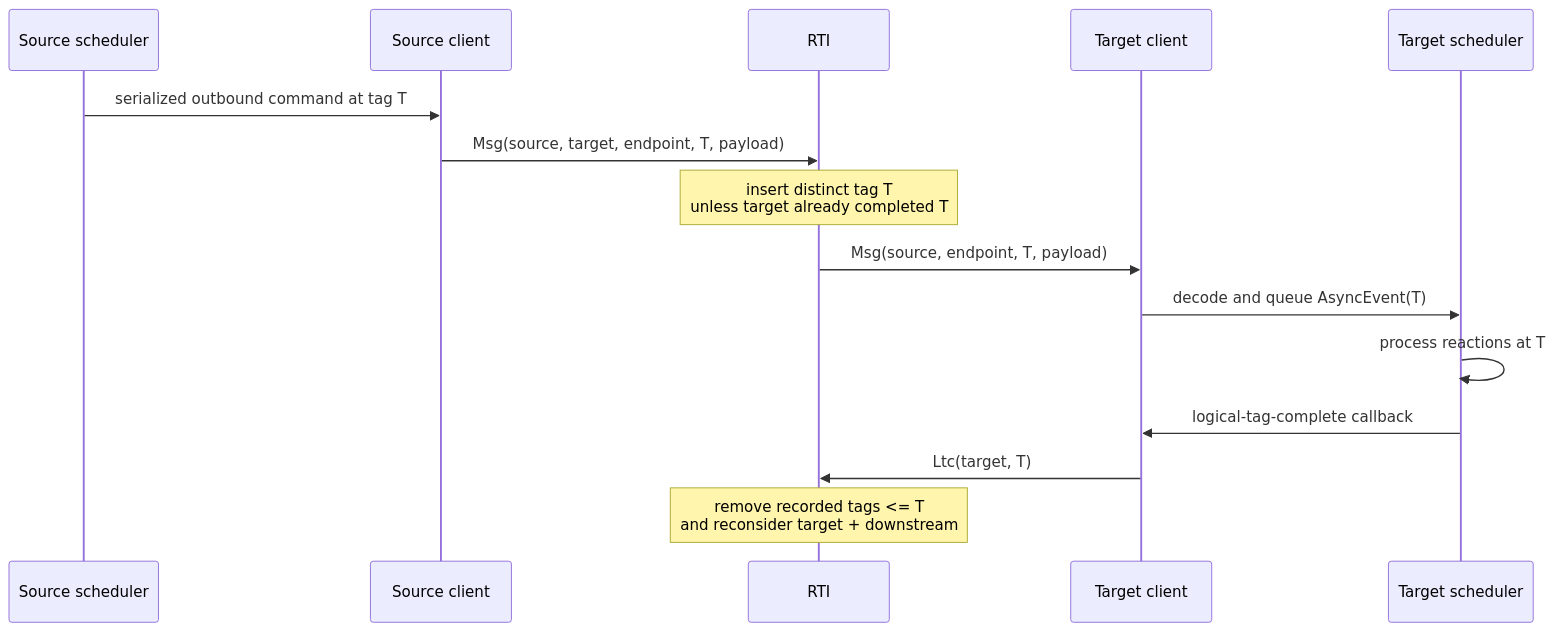
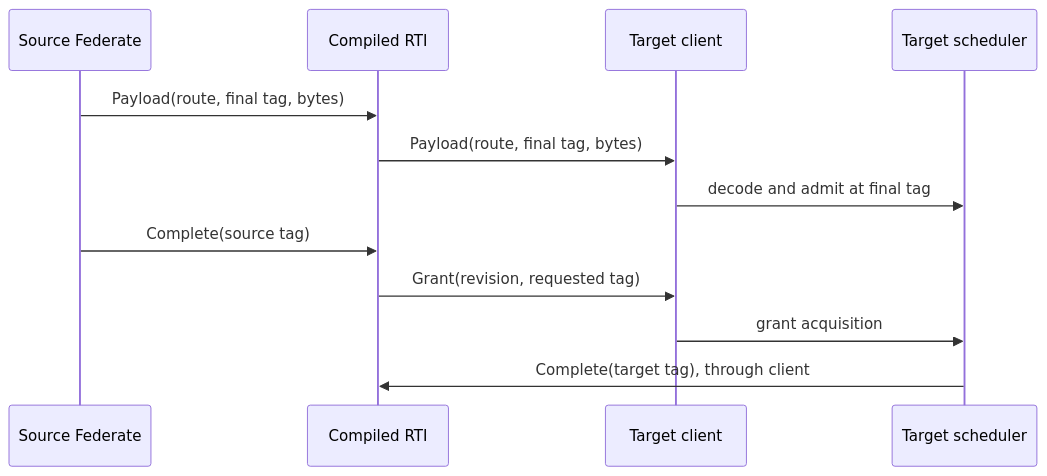
One commit to jondo2010/boomerang changed the diagram in docs/federated-protocol.md. Above: the diagram before and after it, drawn with Mermaid. The commit also changed other lines of this file and 68 other files, not shown here.

````diff
--- a/docs/federated-protocol.md
+++ b/docs/federated-protocol.md
@@ -184,18 +107,14 @@
 ```mermaid
 sequenceDiagram
-    participant SS as Source scheduler
-    participant SC as Source client
-    participant R as RTI
-    participant TC as Target client
-    participant TS as Target scheduler
-
-    SS->>SC: serialized outbound command at tag T
-    SC->>R: Msg(source, target, endpoint, T, payload)
-    Note over R: insert distinct tag T<br/>unless target already completed T
-    R->>TC: Msg(source, endpoint, T, payload)
-    TC->>TS: decode and queue AsyncEvent(T)
-    TS->>TS: process reactions at T
-    TS->>TC: logical-tag-complete callback
-    TC->>R: Ltc(target, T)
-    Note over R: remove recorded tags <= T<br/>and reconsider target + downstream
+    participant S as Source Federate
+    participant R as Compiled RTI
+    participant C as Target client
+    participant T as Target scheduler
+    S->>R: Payload(route, final tag, bytes)
+    R->>C: Payload(route, final tag, bytes)
+    C->>T: decode and admit at final tag
+    S->>R: Complete(source tag)
+    R->>C: Grant(revision, requested tag)
+    C->>T: grant acquisition
+    T->>R: Complete(target tag), through client
 ```
````
